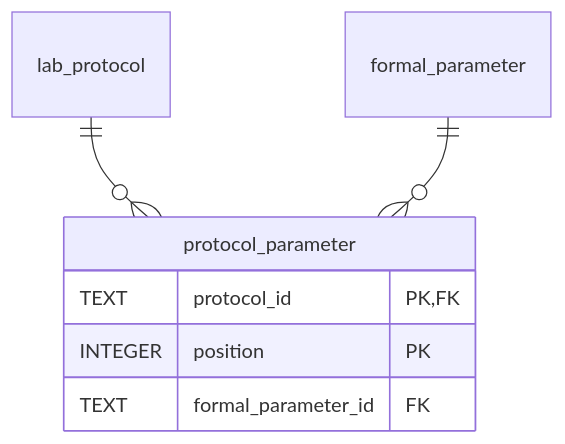
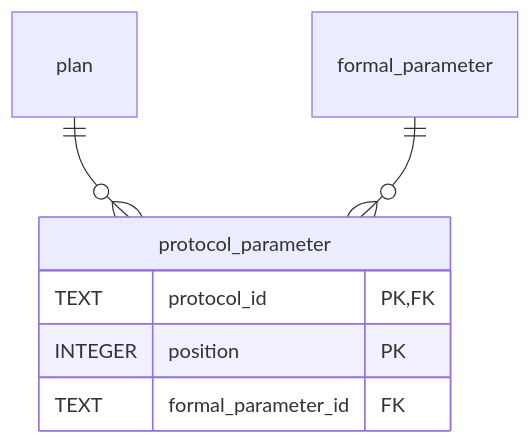
Diagram 13 of 18 in schemas/sql/design.md (HLWeil/ProcessCore), drawn with Mermaid before and after one commit. The commit also changed other lines of this file and 134 other files, not shown here.

````diff
--- a/schemas/sql/design.md
+++ b/schemas/sql/design.md
@@ -411,10 +411,10 @@
 ```mermaid
 erDiagram
     protocol_parameter {
         TEXT protocol_id PK,FK
         INTEGER position PK
         TEXT formal_parameter_id FK
     }
-    lab_protocol ||--o{ protocol_parameter : ""
+    plan ||--o{ protocol_parameter : ""
     formal_parameter ||--o{ protocol_parameter : ""
 ```
````
